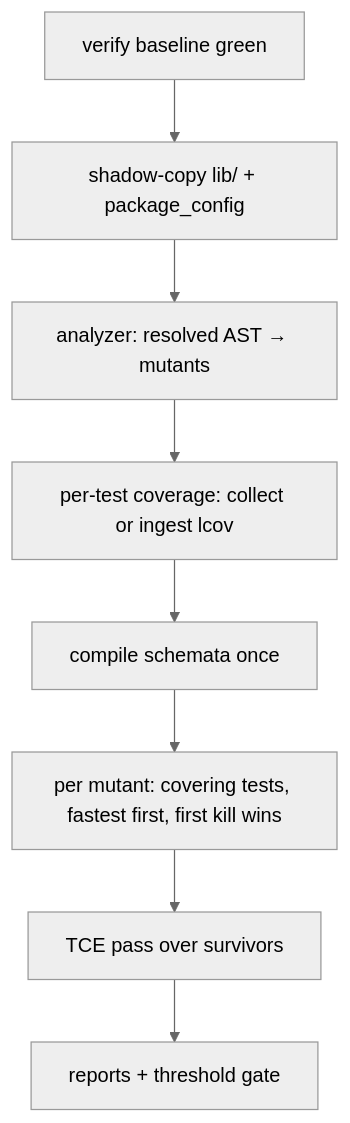
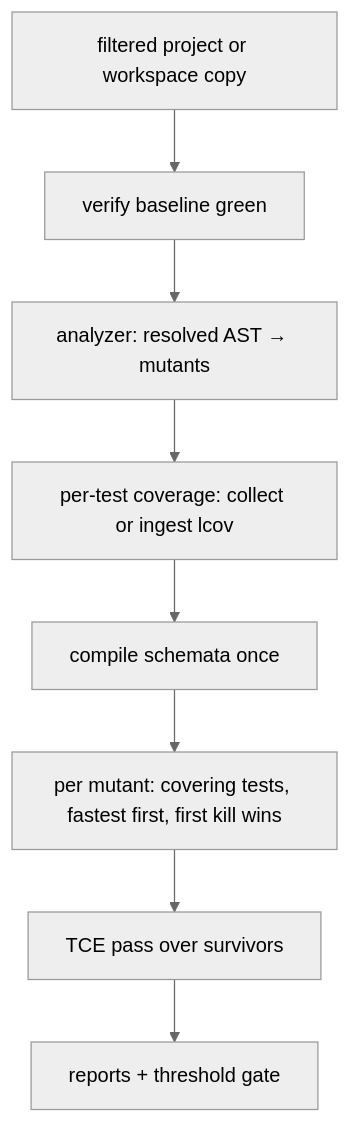
Before and after one commit to memento-engineering/butcher: the diagram in docs/decisions/index.md, drawn with Mermaid (neutral theme). The commit also changed 3 other files, not shown here.

Commit message:
docs: define shadow-copy exclusions

````diff
--- a/docs/decisions/index.md
+++ b/docs/decisions/index.md
@@ -9,10 +9,10 @@
 ```mermaid
 flowchart TD
-    A[verify baseline green] --> B[shadow-copy lib/ + package_config]
+    A[filtered project or workspace copy] --> B[verify baseline green]
     B --> C[analyzer: resolved AST → mutants]
     C --> D[per-test coverage: collect or ingest lcov]
     D --> E[compile schemata once]
     E --> F[per mutant: covering tests, fastest first, first kill wins]
     F --> G[TCE pass over survivors]
     G --> H[reports + threshold gate]
 ```
````
